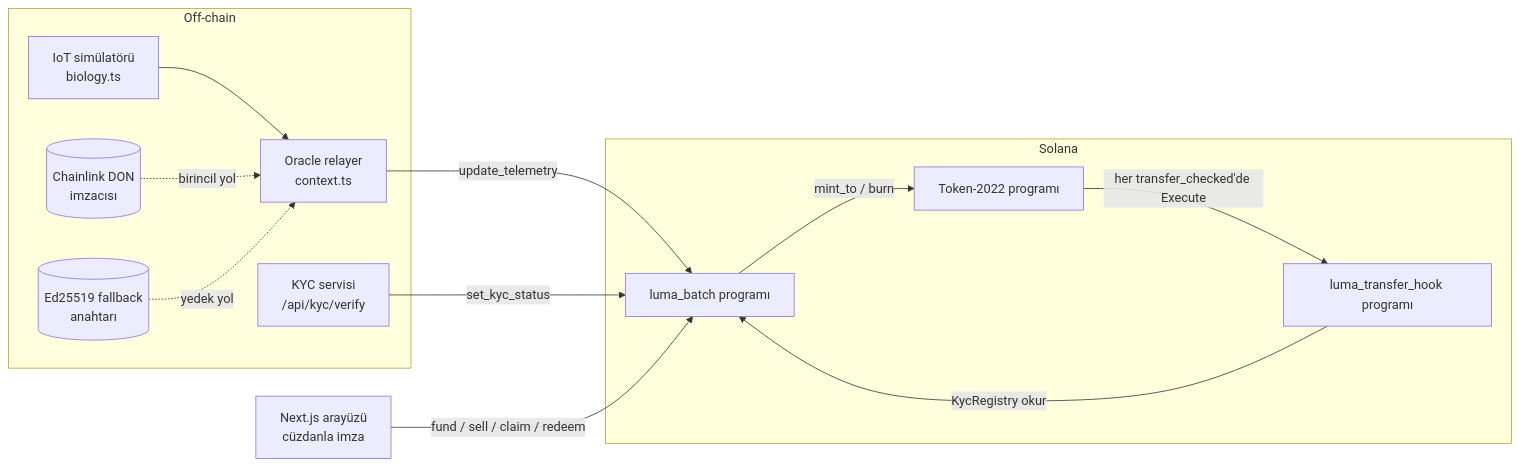
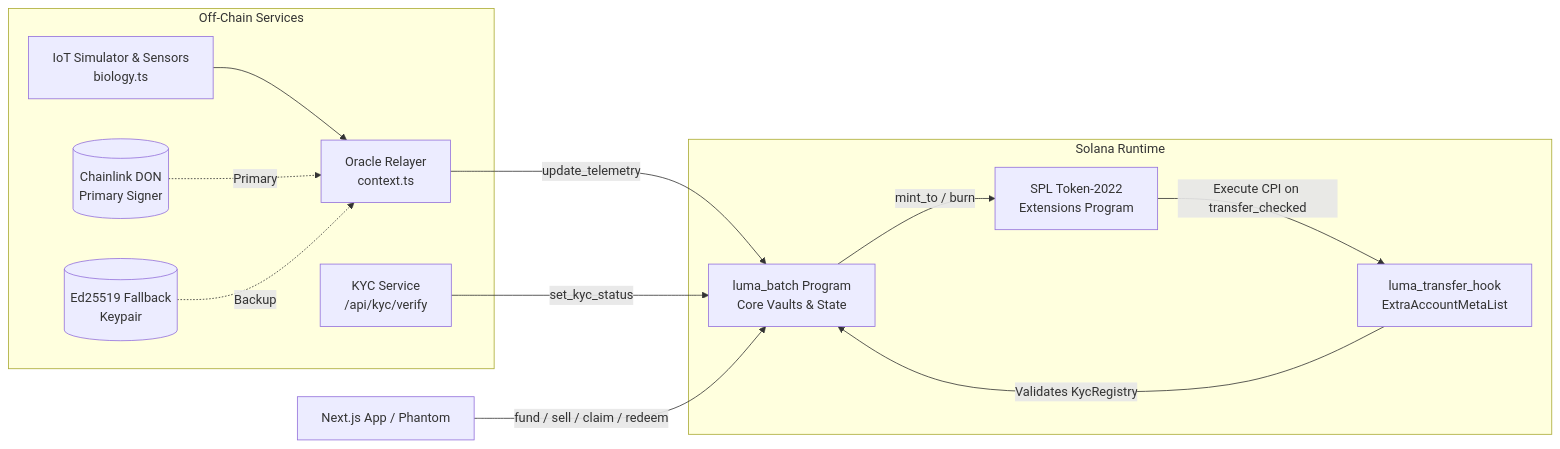
The diagram in README.md (H-ERDEM/luma), drawn with Mermaid before and after one commit. The commit also changed other lines of this file and 1 other file, not shown here.

First line of the commit message:
Overhaul README for Colosseum Hackathon and document Token-2022 transfer hook

````diff
--- a/README.md
+++ b/README.md
@@ -68,20 +95,22 @@
 ```mermaid
 flowchart LR
-  subgraph Off-chain
-    IOT[IoT simülatörü<br/>biology.ts] --> ORA[Oracle relayer<br/>context.ts]
-    DON[(Chainlink DON<br/>imzacısı)] -. birincil yol .-> ORA
-    FB[(Ed25519 fallback<br/>anahtarı)] -. yedek yol .-> ORA
-    KYCP[KYC servisi<br/>/api/kyc/verify]
+  subgraph Off-Chain Services
+    IOT[IoT Simulator & Sensors<br/>biology.ts] --> ORA[Oracle Relayer<br/>context.ts]
+    DON[(Chainlink DON<br/>Primary Signer)] -. Primary .-> ORA
+    FB[(Ed25519 Fallback<br/>Keypair)] -. Backup .-> ORA
+    KYCP[KYC Service<br/>/api/kyc/verify]
   end
-  subgraph Solana
-    LB[luma_batch programı]
-    HK[luma_transfer_hook programı]
-    T22[Token-2022 programı]
+
+  subgraph Solana Runtime
+    LB[luma_batch Program<br/>Core Vaults & State]
+    HK[luma_transfer_hook<br/>ExtraAccountMetaList]
+    T22[SPL Token-2022<br/>Extensions Program]
   end
+
   ORA -- update_telemetry --> LB
   KYCP -- set_kyc_status --> LB
-  UI[Next.js arayüzü<br/>cüzdanla imza] -- fund / sell / claim / redeem --> LB
+  UI[Next.js App / Phantom] -- fund / sell / claim / redeem --> LB
   LB -- mint_to / burn --> T22
-  T22 -- her transfer_checked'de Execute --> HK
-  HK -- KycRegistry okur --> LB
+  T22 -- Execute CPI on transfer_checked --> HK
+  HK -- Validates KycRegistry --> LB
 ```
````
